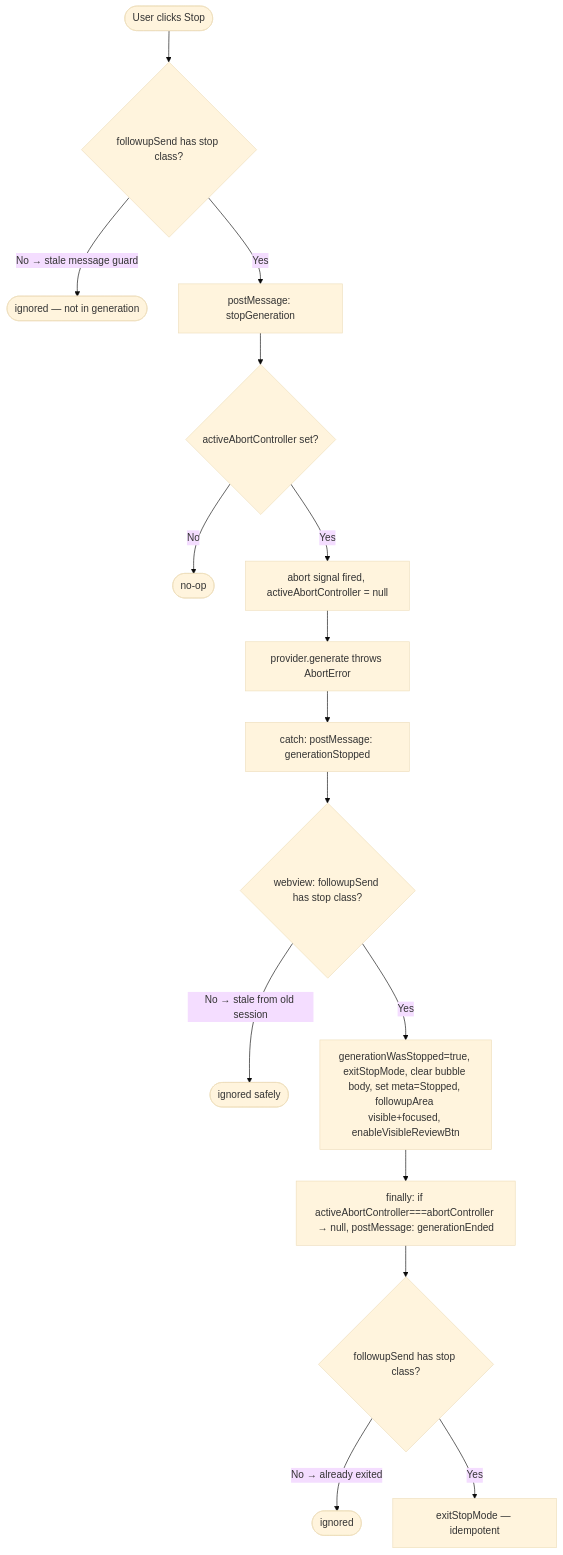
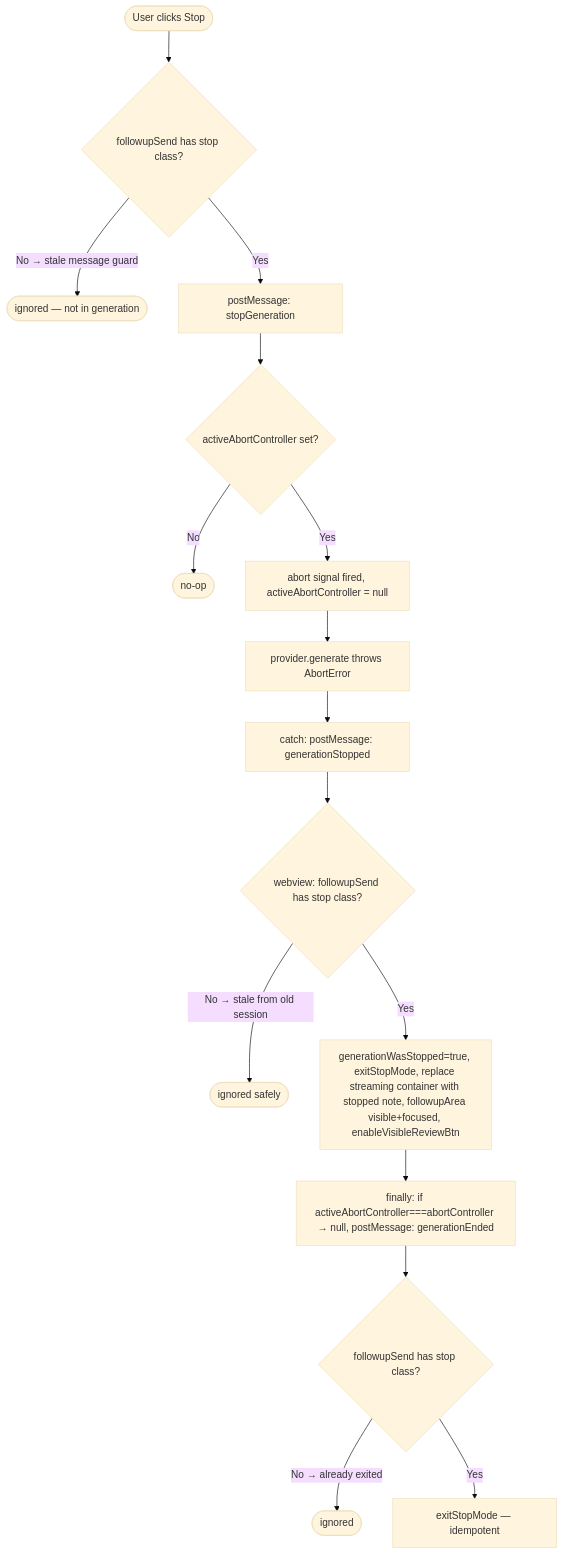
One commit to rhea0408/raiview changed the fourth of 8 diagrams in docs/workflows.md. Above: the diagram before and after it, drawn with Mermaid (base theme). The commit also changed other lines of this file and 15 other files, not shown here.

````diff
--- a/docs/workflows.md
+++ b/docs/workflows.md
@@ -102,18 +116,18 @@
 ```mermaid
 flowchart TD
     A([User clicks Stop]) --> B{followupSend has stop class?}
     B -- No → stale message guard --> B1([ignored — not in generation])
     B -- Yes --> C[postMessage: stopGeneration]
     C --> D{activeAbortController set?}
     D -- No --> D1([no-op])
     D -- Yes --> E["abort signal fired, activeAbortController = null"]
     E --> F[provider.generate throws AbortError]
     F --> G[catch: postMessage: generationStopped]
     G --> H{webview: followupSend has stop class?}
     H -- No → stale from old session --> H1([ignored safely])
-    H -- Yes --> I["generationWasStopped=true, exitStopMode, clear bubble body, set meta=Stopped, followupArea visible+focused, enableVisibleReviewBtn"]
+    H -- Yes --> I["generationWasStopped=true, exitStopMode, replace streaming container with stopped note, followupArea visible+focused, enableVisibleReviewBtn"]
     I --> J["finally: if activeAbortController===abortController → null, postMessage: generationEnded"]
     J --> K{followupSend has stop class?}
     K -- No → already exited --> K1([ignored])
     K -- Yes --> L[exitStopMode — idempotent]
 ```
````
